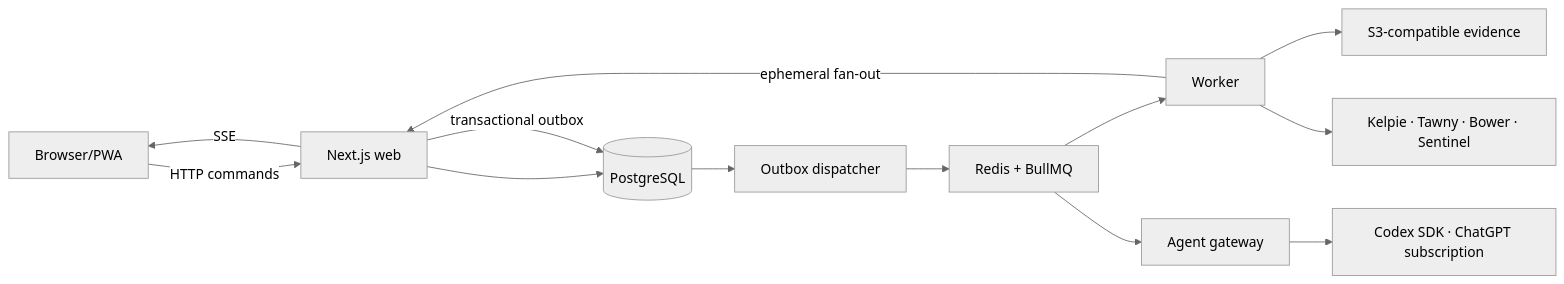
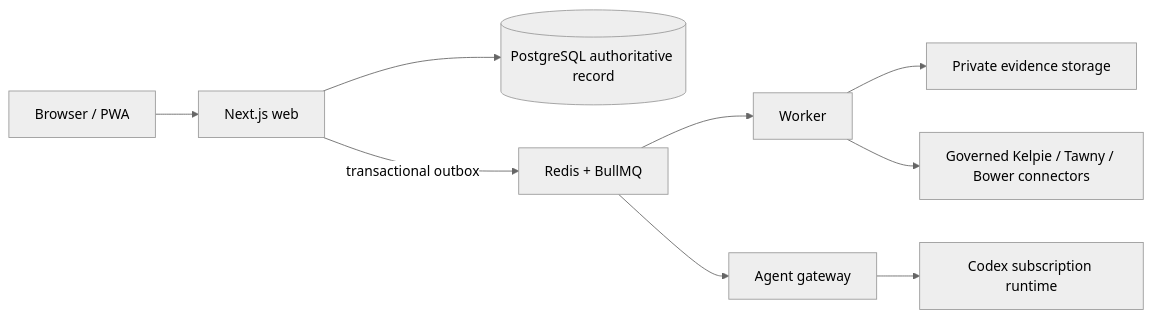
The diagram in README.md (jusso-dev/Muster), drawn with Mermaid (neutral theme) before and after one commit. The commit also changed other lines of this file, not shown here.

````diff
--- a/README.md
+++ b/README.md
@@ -101,15 +163,11 @@
 ```mermaid
 flowchart LR
-  B[Browser/PWA] -->|HTTP commands| W[Next.js web]
-  W --> P[(PostgreSQL)]
-  W -->|transactional outbox| P
-  W -->|SSE| B
-  P --> O[Outbox dispatcher]
-  O --> Q[Redis + BullMQ]
+  B[Browser / PWA] --> W[Next.js web]
+  W --> P[(PostgreSQL authoritative record)]
+  W -->|transactional outbox| Q[Redis + BullMQ]
   Q --> K[Worker]
   Q --> G[Agent gateway]
-  K --> E[S3-compatible evidence]
-  K --> X[Kelpie · Tawny · Bower · Sentinel]
-  G --> R[Codex SDK · ChatGPT subscription]
-  K -->|ephemeral fan-out| W
+  K --> E[Private evidence storage]
+  K --> X[Governed Kelpie / Tawny / Bower connectors]
+  G --> C[Codex subscription runtime]
 ```
````
